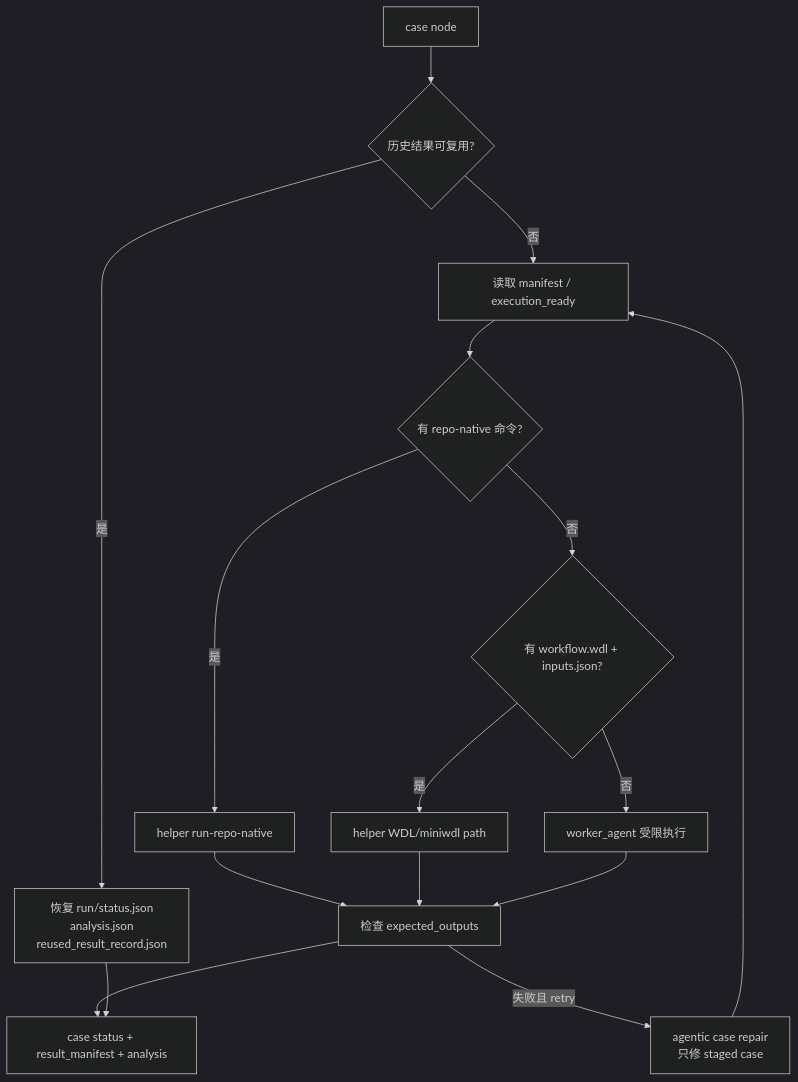
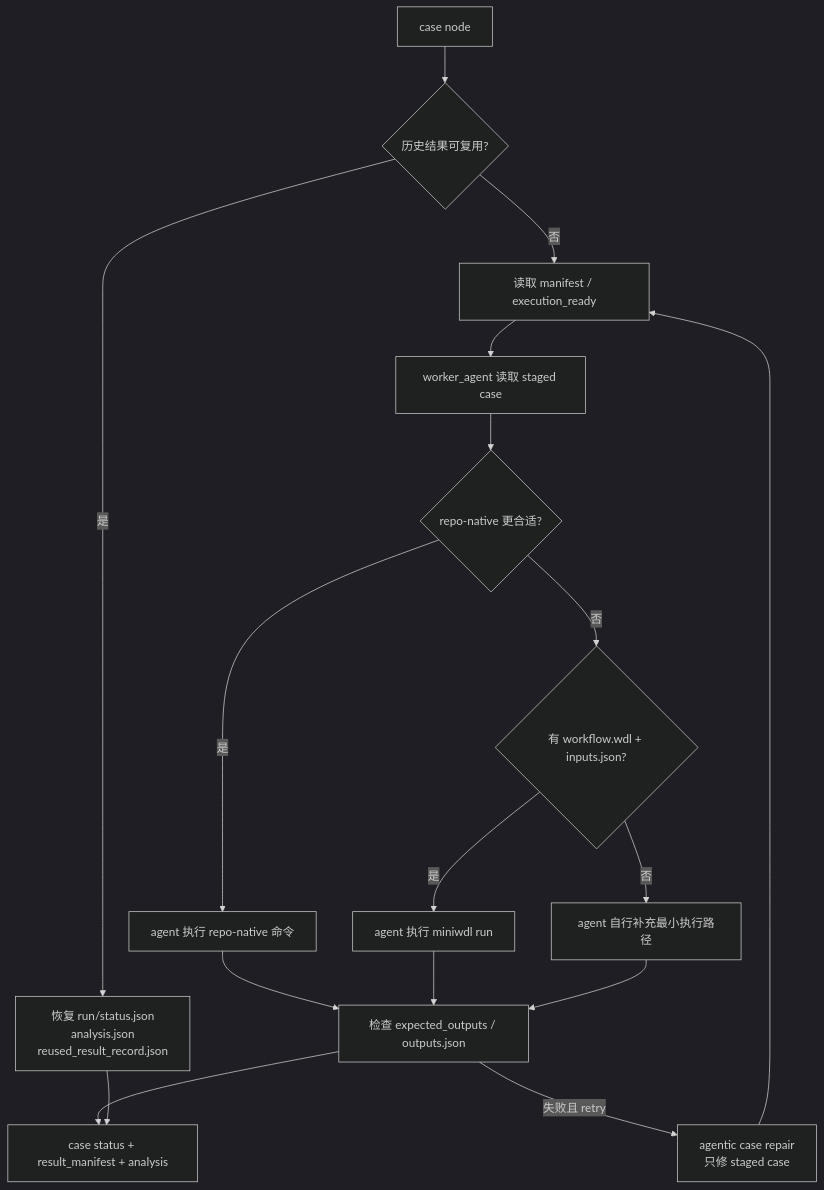
Diagram 11 of 16 in docs/overview/supervisor-agent-function-flows.zh.md (zhang-pei-feng/code2workspace), drawn with Mermaid (dark theme) before and after one commit. The commit also changed other lines of this file and 31 other files, not shown here.

First line of the commit message:
强化 Supervisor Graph 智能体编排

````diff
--- a/docs/overview/supervisor-agent-function-flows.zh.md
+++ b/docs/overview/supervisor-agent-function-flows.zh.md
@@ -487,18 +516,19 @@
 ```mermaid
 flowchart TD
     C[case node] --> H{历史结果可复用?}
     H -->|是| Reuse[恢复 run/status.json<br/>analysis.json<br/>reused_result_record.json]
     H -->|否| Ready[读取 manifest / execution_ready]
-    Ready --> Native{有 repo-native 命令?}
-    Native -->|是| RN[helper run-repo-native]
+    Ready --> Decide[worker_agent 读取 staged case]
+    Decide --> Native{repo-native 更合适?}
+    Native -->|是| RN[agent 执行 repo-native 命令]
     Native -->|否| WDL{有 workflow.wdl + inputs.json?}
-    WDL -->|是| MW[helper WDL/miniwdl path]
-    WDL -->|否| Agent[worker_agent 受限执行]
-    RN --> Check[检查 expected_outputs]
+    WDL -->|是| MW[agent 执行 miniwdl run]
+    WDL -->|否| Agent[agent 自行补充最小执行路径]
+    RN --> Check[检查 expected_outputs / outputs.json]
     MW --> Check
     Agent --> Check
     Check -->|失败且 retry| Repair[agentic case repair<br/>只修 staged case]
     Repair --> Ready
     Check --> Out[case status + result_manifest + analysis]
     Reuse --> Out
 ```
````
